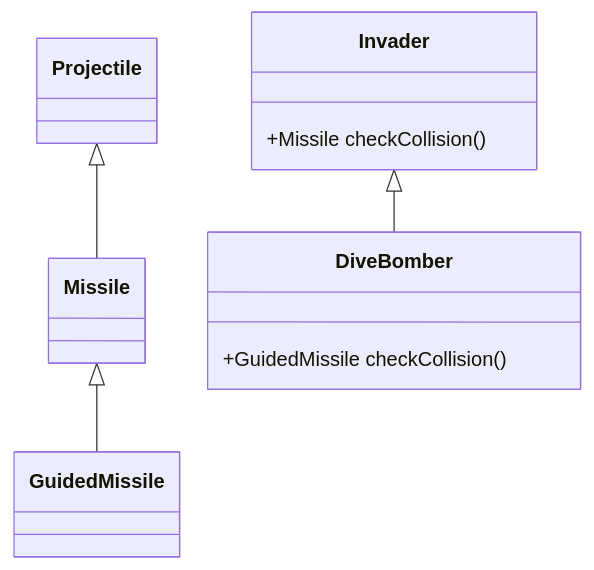
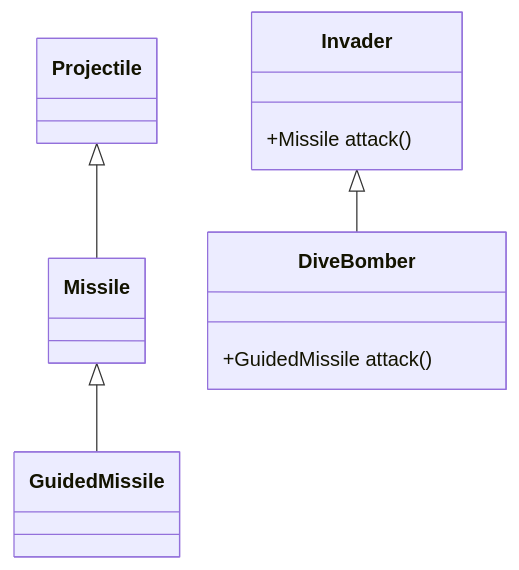
The fifth of 5 diagrams in slides.md (kumojin/clean-code-presentation), drawn with Mermaid before and after one commit. The commit also changed other lines of this file, not shown here.

````diff
--- a/slides.md
+++ b/slides.md
@@ -319,12 +316,12 @@
 ```mermaid
   classDiagram
     Projectile <|-- Missile
     Missile <|-- GuidedMissile
     Invader <|-- DiveBomber
     class Invader {
-        +Missile checkCollision()
+        +Missile attack()
     }
     class DiveBomber {
-        +GuidedMissile checkCollision()
+        +GuidedMissile attack()
     }
 ```
````
